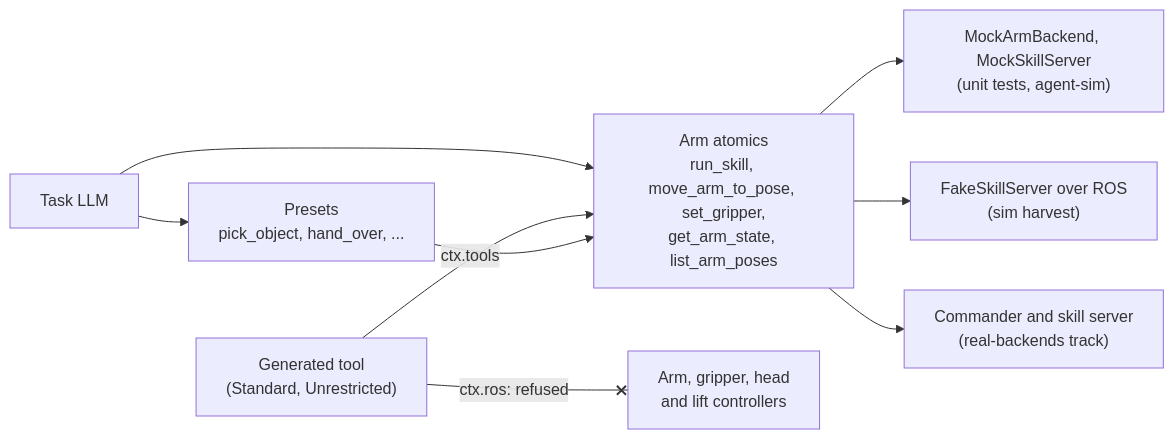
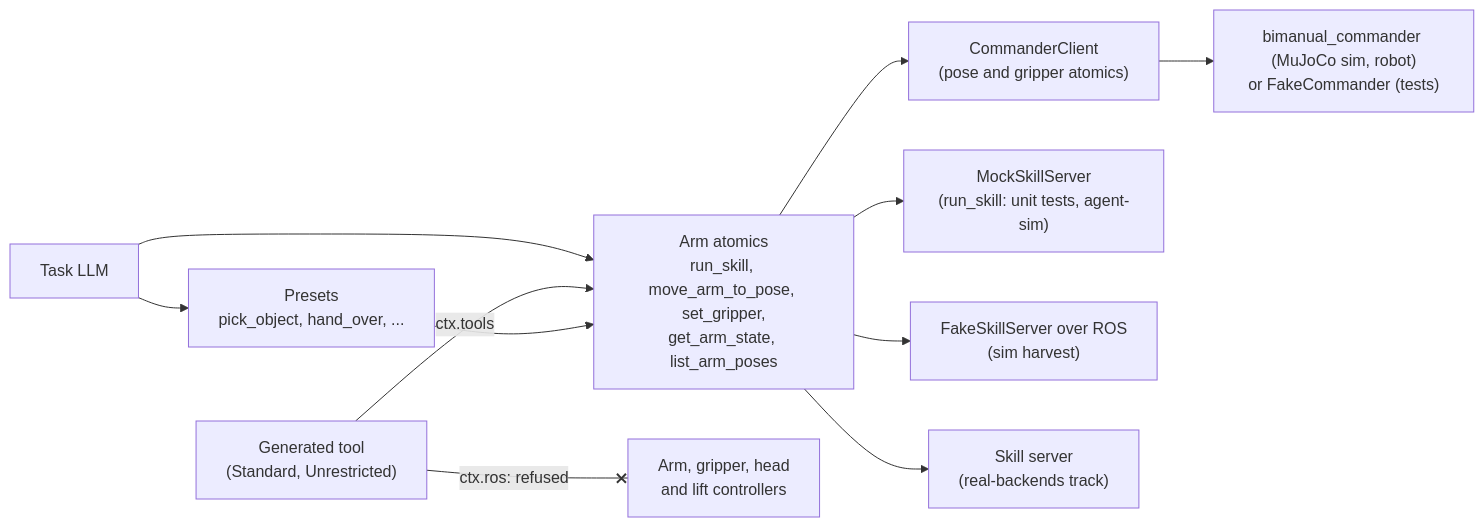
Before and after one commit to EIC-Robocup-2026/walkie-agent-ros: the third of 4 diagrams in docs/architecture/manipulation.md, drawn with Mermaid. The commit also changed other lines of this file and 43 other files, not shown here.

````diff
--- a/docs/architecture/manipulation.md
+++ b/docs/architecture/manipulation.md
@@ -406,11 +444,13 @@
 ```mermaid
 flowchart LR
   llm["Task LLM"] --> presets["Presets<br/>pick_object, hand_over, ..."]
   llm --> atomics
   gen["Generated tool<br/>(Standard, Unrestricted)"] -- "ctx.tools" --> atomics
   gen -- "ctx.ros: refused" --x ctrl["Arm, gripper, head<br/>and lift controllers"]
   presets --> atomics["Arm atomics<br/>run_skill, move_arm_to_pose, set_gripper,<br/>get_arm_state, list_arm_poses"]
-  atomics --> mocks["MockArmBackend, MockSkillServer<br/>(unit tests, agent-sim)"]
+  atomics --> client["CommanderClient<br/>(pose and gripper atomics)"]
+  client --> cmd["bimanual_commander (MuJoCo sim, robot)<br/>or FakeCommander (tests)"]
+  atomics --> mocks["MockSkillServer<br/>(run_skill: unit tests, agent-sim)"]
   atomics --> fake["FakeSkillServer over ROS<br/>(sim harvest)"]
-  atomics --> real["Commander and skill server<br/>(real-backends track)"]
+  atomics --> real["Skill server<br/>(real-backends track)"]
 ```
````
